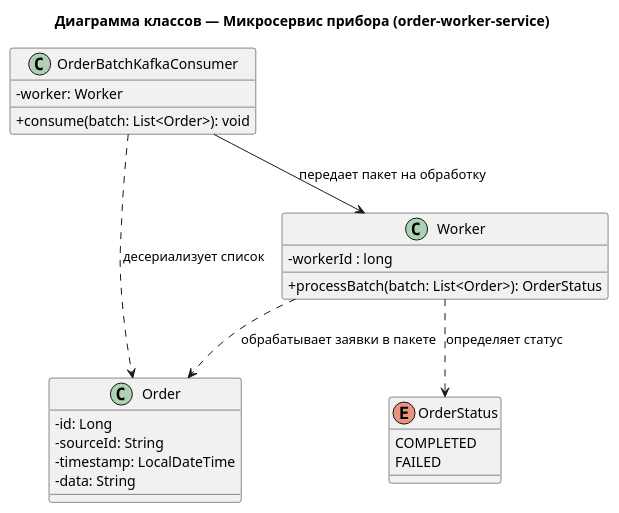
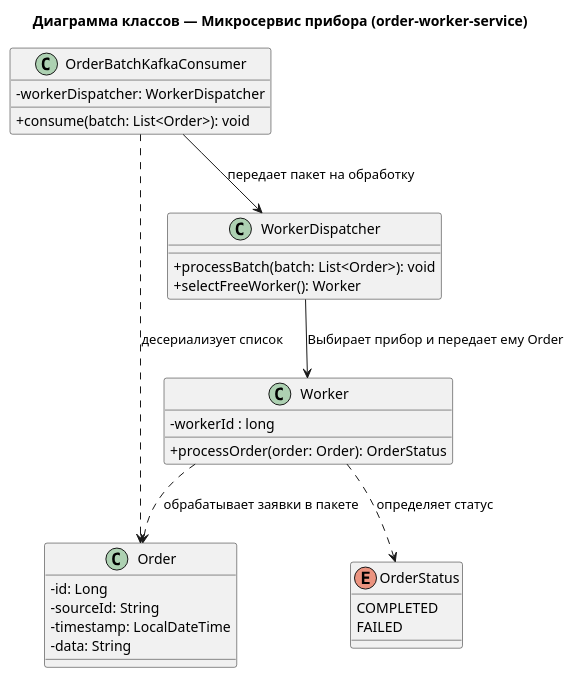
One commit to Mishaa105/order-delivery-management-center changed the diagram in docs/diagrams/class/worker-service/worker-service-class.puml. Above: the diagram before and after it, drawn with PlantUML. The commit also changed 1 other file, not shown here.

Commit message:
fix worker-service-class diagram

```diff
--- a/docs/diagrams/class/worker-service/worker-service-class.puml
+++ b/docs/diagrams/class/worker-service/worker-service-class.puml
@@ -1,38 +1,45 @@
 @startuml
 skinparam classAttributeIconSize 0
 
 title Диаграмма классов — Микросервис прибора (order-worker-service)
 
 'Это будет record
 class Order 
 {
     - id: Long
     - sourceId: String
     - timestamp: LocalDateTime
     - data: String
 }
 
 enum OrderStatus 
 {
     COMPLETED
     FAILED
 }
 
+class WorkerDispatcher
+{
+    + processBatch(batch: List<Order>): void
+    + selectFreeWorker(): Worker
+}
+
 class Worker
 {
     - workerId : long
-    + processBatch(batch: List<Order>): OrderStatus
+    + processOrder(order: Order): OrderStatus
 }
 
 class OrderBatchKafkaConsumer 
 {
-    - worker: Worker
+    - workerDispatcher: WorkerDispatcher
     + consume(batch: List<Order>): void
 }
 
-OrderBatchKafkaConsumer --> Worker : передает пакет на обработку
+OrderBatchKafkaConsumer --> WorkerDispatcher : передает пакет на обработку
+WorkerDispatcher --> Worker : Выбирает прибор и передает ему Order
 Worker ..> OrderStatus : определяет статус
 Worker ..> Order : обрабатывает заявки в пакете
 OrderBatchKafkaConsumer ..> Order : десериализует список
 
 @enduml
```
